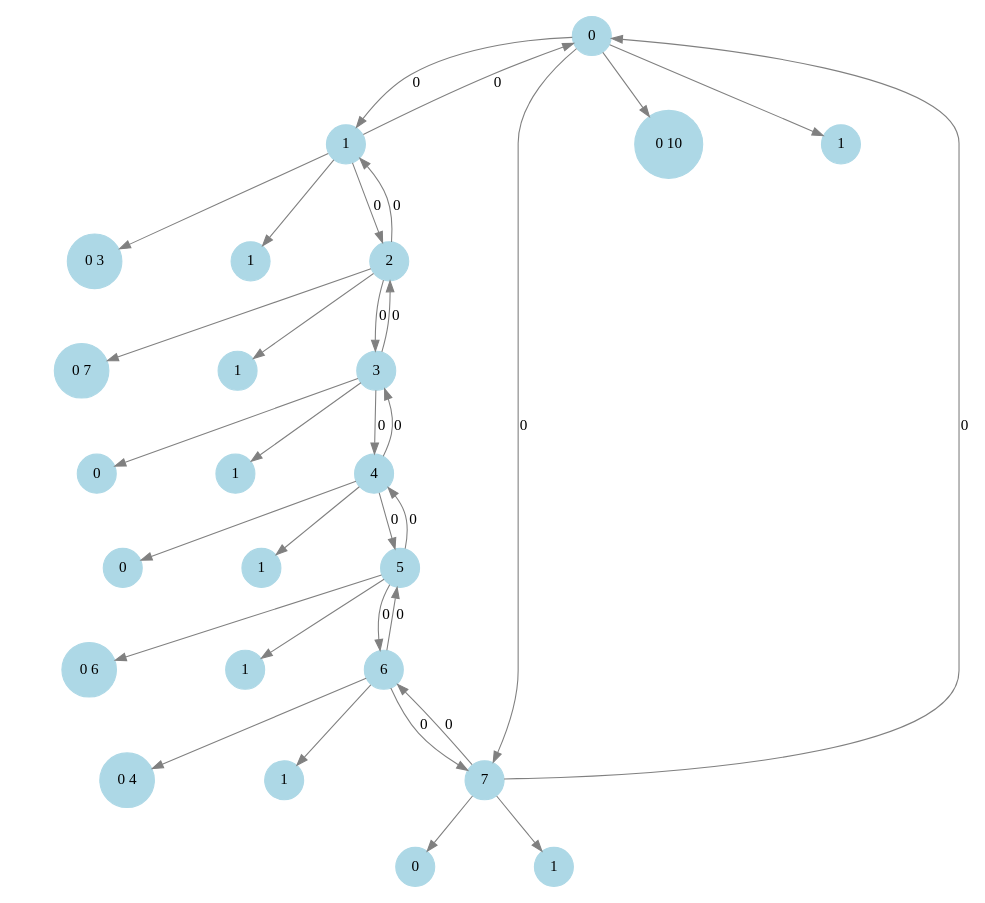
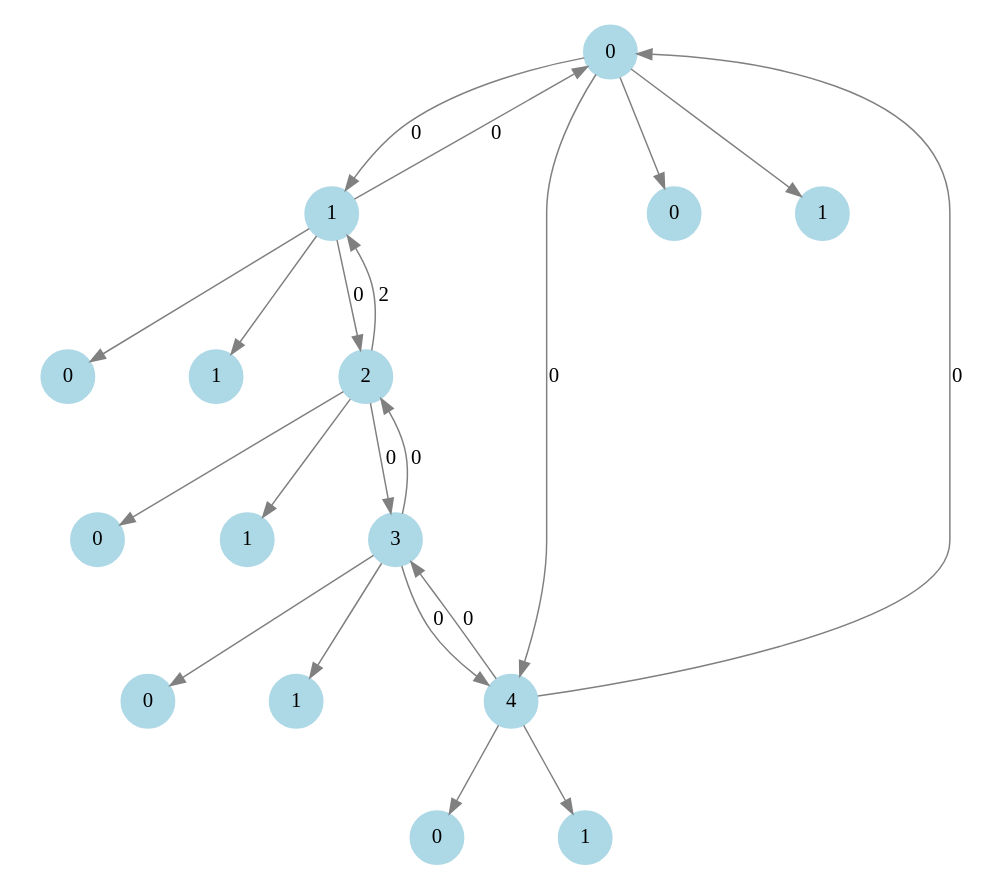
Before and after one commit to Fede108/Algoritmos-y-estructura-de-Datos: the diagram in Trabajo_Final/src/grafo.dot, drawn with Graphviz. The commit also changed 8 other files, not shown here.

```diff
--- a/Trabajo_Final/src/grafo.dot
+++ b/Trabajo_Final/src/grafo.dot
@@ -1,54 +1,36 @@
 digraph G {
     node [shape=circle, style=filled, color=lightblue];
     edge [color=gray, penwidth=1];
     size="8,8";
     ratio="fill";
     0 -> 1 [label="0"];
-    0 -> 7 [label="0"];
+    0 -> 4 [label="0"];
     0 -> 00;
-    00 [label="0 10"];
+    00 [label="0"];
     0 -> 10;
     10 [label="1"];
     1 -> 0 [label="0"];
     1 -> 2 [label="0"];
     1 -> 01;
-    01 [label="0 3"];
+    01 [label="0"];
     1 -> 11;
     11 [label="1"];
-    2 -> 1 [label="0"];
+    2 -> 1 [label="2"];
     2 -> 3 [label="0"];
     2 -> 02;
-    02 [label="0 7"];
+    02 [label="0"];
     2 -> 12;
     12 [label="1"];
     3 -> 2 [label="0"];
     3 -> 4 [label="0"];
     3 -> 03;
     03 [label="0"];
     3 -> 13;
     13 [label="1"];
+    4 -> 0 [label="0"];
     4 -> 3 [label="0"];
-    4 -> 5 [label="0"];
     4 -> 04;
     04 [label="0"];
     4 -> 14;
     14 [label="1"];
-    5 -> 4 [label="0"];
-    5 -> 6 [label="0"];
-    5 -> 05;
-    05 [label="0 6"];
-    5 -> 15;
-    15 [label="1"];
-    6 -> 5 [label="0"];
-    6 -> 7 [label="0"];
-    6 -> 06;
-    06 [label="0 4"];
-    6 -> 16;
-    16 [label="1"];
-    7 -> 0 [label="0"];
-    7 -> 6 [label="0"];
-    7 -> 07;
-    07 [label="0"];
-    7 -> 17;
-    17 [label="1"];
 }
```
